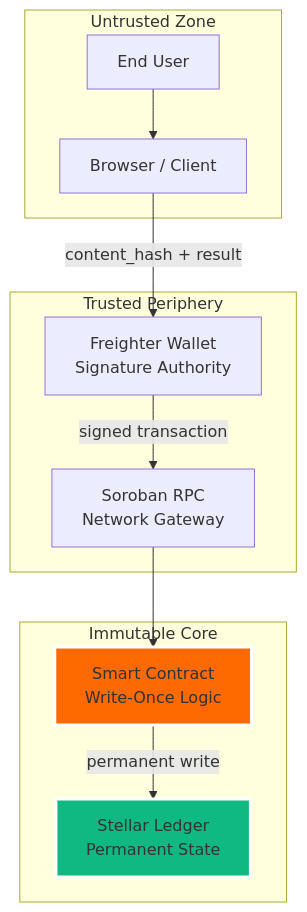
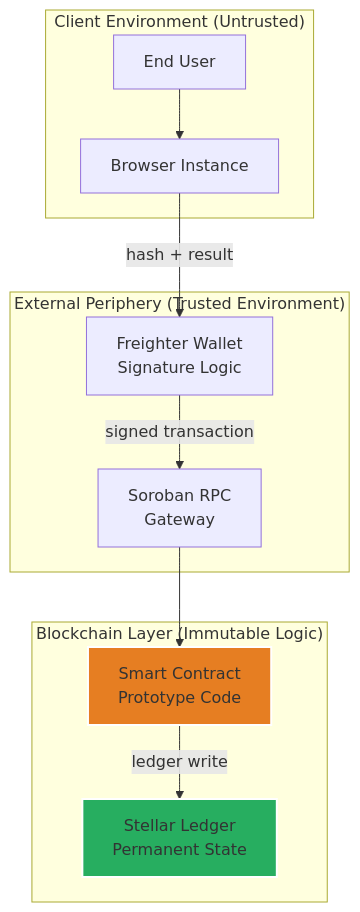
One commit to tunisch/AuthentiScan changed the diagram in SECURITY.md. Above: the diagram before and after it, drawn with Mermaid. The commit also changed other lines of this file and 4 other files, not shown here.

````diff
--- a/SECURITY.md
+++ b/SECURITY.md
@@ -5,26 +7,26 @@
 ```mermaid
 graph TD
-    subgraph "Untrusted Zone"
+    subgraph "Client Environment (Untrusted)"
         U[End User]
-        B[Browser / Client]
+        B[Browser Instance]
     end
 
-    subgraph "Trusted Periphery"
-        W[Freighter Wallet<br/>Signature Authority]
-        RPC[Soroban RPC<br/>Network Gateway]
+    subgraph "External Periphery (Trusted Environment)"
+        W[Freighter Wallet<br/>Signature Logic]
+        RPC[Soroban RPC<br/>Gateway]
     end
 
-    subgraph "Immutable Core"
-        SC[Smart Contract<br/>Write-Once Logic]
+    subgraph "Blockchain Layer (Immutable Logic)"
+        SC[Smart Contract<br/>Prototype Code]
         L[Stellar Ledger<br/>Permanent State]
     end
 
     U --> B
-    B -->|content_hash + result| W
+    B -->|hash + result| W
     W -->|signed transaction| RPC
     RPC --> SC
-    SC -->|permanent write| L
+    SC -->|ledger write| L
 
-    style SC fill:#ff6a00,stroke:#fff,stroke-width:3px
-    style L fill:#10b981,stroke:#fff,stroke-width:3px
+    style SC fill:#e67e22,stroke:#fff,stroke-width:2px
+    style L fill:#27ae60,stroke:#fff,stroke-width:2px
 ```
````
